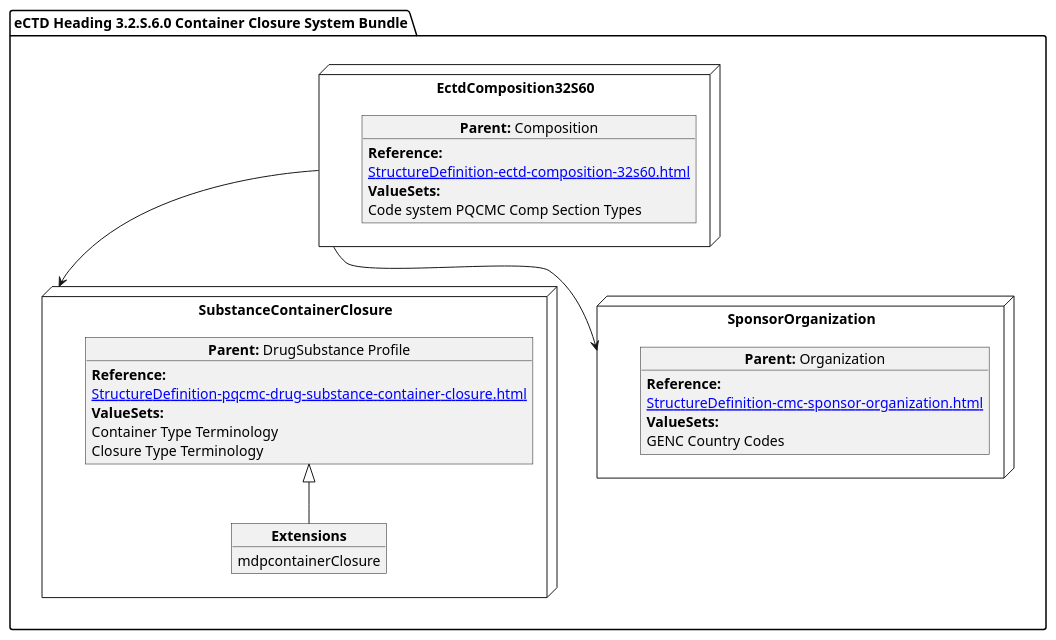
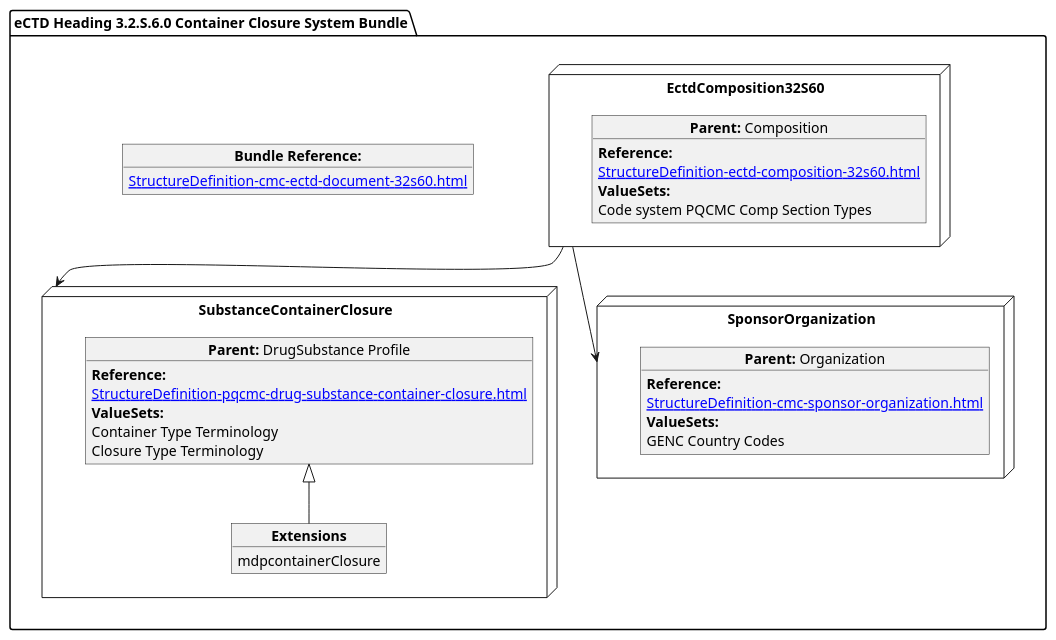
Before and after one commit to HL7/FHIR-us-pq-cmc-fda: the diagram in input/images-source/SubstanceContainer.plantuml, drawn with PlantUML. The commit also changed 59 other files, not shown here.

```diff
--- a/input/images-source/SubstanceContainer.plantuml
+++ b/input/images-source/SubstanceContainer.plantuml
@@ -1,41 +1,45 @@
 @startuml
 allowmixing
 'Mixed model of use case and object
 package "eCTD Heading 3.2.S.6.0 Container Closure System Bundle" as NODES {
- 
+
+object "**Bundle Reference:**" as objbun {
+              [[StructureDefinition-cmc-ectd-document-32s60.html]]
+    }  
+
   node "EctdComposition32S60" as N1 { 
       object "**Parent:** Composition" as obj1 {
         **Reference:**
       [[StructureDefinition-ectd-composition-32s60.html]]
       **ValueSets:**
   Code system PQCMC Comp Section Types
     }   
 }
 node "SubstanceContainerClosure" as N21 { 
       object "**Parent:** DrugSubstance Profile" as obj22 {
           **Reference:**
       [[StructureDefinition-pqcmc-drug-substance-container-closure.html]]
         **ValueSets:**
         Container Type Terminology
         Closure Type Terminology
     }
     object "**Extensions**" as objEx {
         mdpcontainerClosure
     }
     obj22 <|-- objEx
 }
 
 node "SponsorOrganization" as NSO { 
       object "**Parent:** Organization" as objAu {
         **Reference:**
       [[StructureDefinition-cmc-sponsor-organization.html]]
         **ValueSets:**
         GENC Country Codes
     }
 }
 }
 
 N1 --> N21
 N1 --> NSO
 
 @enduml
```
